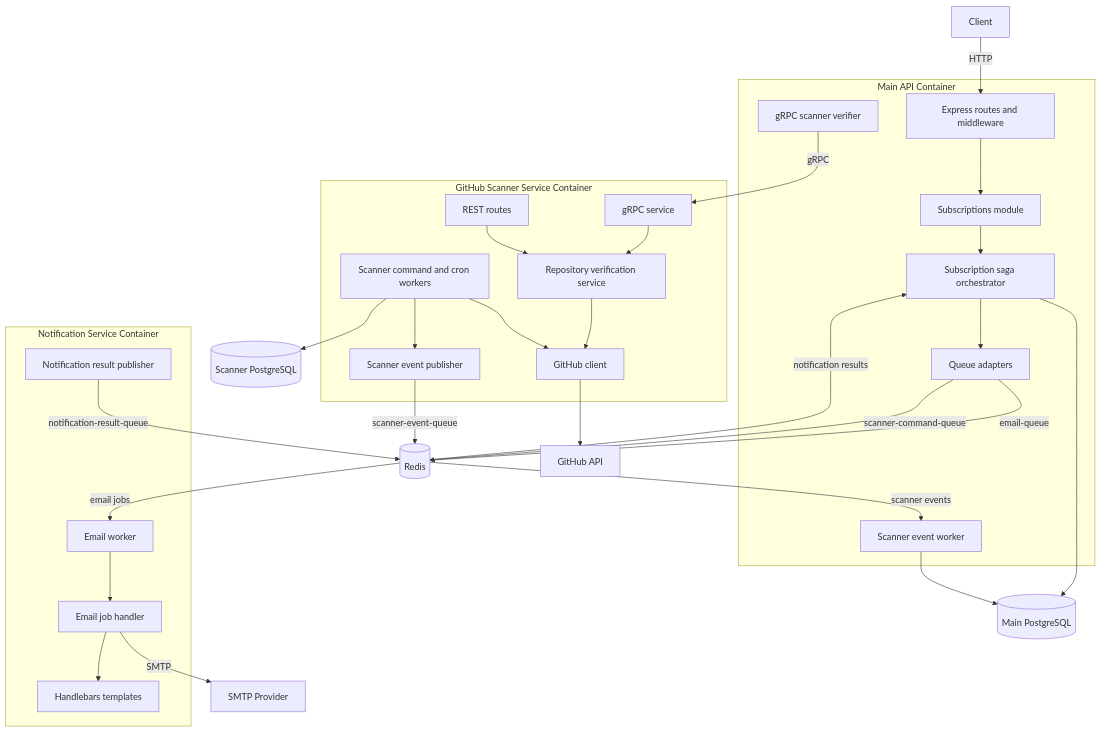
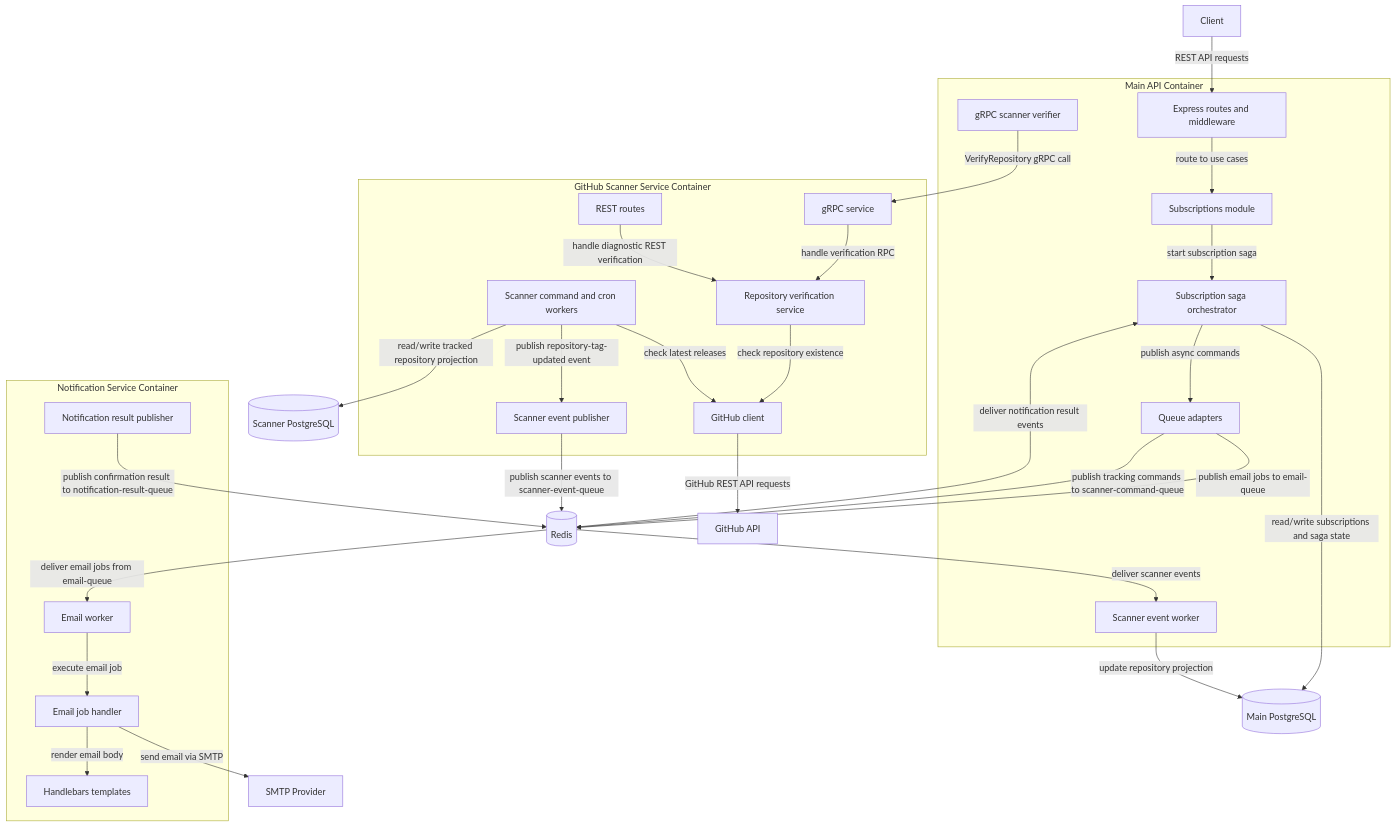
Before and after one commit to GenesisEducationKyiv/software-engineering-school-6-0-IvanGodPro24: the third of 7 diagrams in docs/architecture.md, drawn with Mermaid. The commit also changed other lines of this file and 1 other file, not shown here.

````diff
--- a/docs/architecture.md
+++ b/docs/architecture.md
@@ -60,62 +76,62 @@
 ```mermaid
 flowchart TD
     Client[Client]
 
     subgraph MainAPI[Main API Container]
         ApiRoutes[Express routes and middleware]
         SubscriptionModule[Subscriptions module]
         Saga[Subscription saga orchestrator]
         ScannerEventWorker[Scanner event worker]
         QueueAdapters[Queue adapters]
         ScannerVerifier[gRPC scanner verifier]
     end
 
     subgraph Notification[Notification Service Container]
         EmailWorker[Email worker]
         EmailHandler[Email job handler]
         Templates[Handlebars templates]
         ResultPublisher[Notification result publisher]
     end
 
     subgraph Scanner[GitHub Scanner Service Container]
         RestApi[REST routes]
         GrpcApi[gRPC service]
         VerificationService[Repository verification service]
         ScannerWorker[Scanner command and cron workers]
         GithubClient[GitHub client]
         ScannerPublisher[Scanner event publisher]
     end
 
     MainDb[(Main PostgreSQL)]
     ScannerDb[(Scanner PostgreSQL)]
     Redis[(Redis)]
     GitHub[GitHub API]
     SMTP[SMTP Provider]
 
-    Client -->|HTTP| ApiRoutes
-    ApiRoutes --> SubscriptionModule
-    SubscriptionModule --> Saga
-    Saga --> MainDb
-    Saga --> QueueAdapters
-    QueueAdapters -->|email-queue| Redis
-    QueueAdapters -->|scanner-command-queue| Redis
-    ScannerVerifier -->|gRPC| GrpcApi
+    Client -->|REST API requests| ApiRoutes
+    ApiRoutes -->|route to use cases| SubscriptionModule
+    SubscriptionModule -->|start subscription saga| Saga
+    Saga -->|read/write subscriptions and saga state| MainDb
+    Saga -->|publish async commands| QueueAdapters
+    QueueAdapters -->|publish email jobs to email-queue| Redis
+    QueueAdapters -->|publish tracking commands to scanner-command-queue| Redis
+    ScannerVerifier -->|VerifyRepository gRPC call| GrpcApi
 
-    Redis -->|email jobs| EmailWorker
-    EmailWorker --> EmailHandler
-    EmailHandler --> Templates
-    EmailHandler -->|SMTP| SMTP
-    ResultPublisher -->|notification-result-queue| Redis
-    Redis -->|notification results| Saga
+    Redis -->|deliver email jobs from email-queue| EmailWorker
+    EmailWorker -->|execute email job| EmailHandler
+    EmailHandler -->|render email body| Templates
+    EmailHandler -->|send email via SMTP| SMTP
+    ResultPublisher -->|publish confirmation result to notification-result-queue| Redis
+    Redis -->|deliver notification result events| Saga
 
-    GrpcApi --> VerificationService
-    RestApi --> VerificationService
-    VerificationService --> GithubClient
-    ScannerWorker --> GithubClient
-    ScannerWorker --> ScannerDb
-    ScannerWorker --> ScannerPublisher
-    ScannerPublisher -->|scanner-event-queue| Redis
-    Redis -->|scanner events| ScannerEventWorker
-    ScannerEventWorker --> MainDb
-    GithubClient --> GitHub
+    GrpcApi -->|handle verification RPC| VerificationService
+    RestApi -->|handle diagnostic REST verification| VerificationService
+    VerificationService -->|check repository existence| GithubClient
+    ScannerWorker -->|check latest releases| GithubClient
+    ScannerWorker -->|read/write tracked repository projection| ScannerDb
+    ScannerWorker -->|publish repository-tag-updated event| ScannerPublisher
+    ScannerPublisher -->|publish scanner events to scanner-event-queue| Redis
+    Redis -->|deliver scanner events| ScannerEventWorker
+    ScannerEventWorker -->|update repository projection| MainDb
+    GithubClient -->|GitHub REST API requests| GitHub
 ```
````
